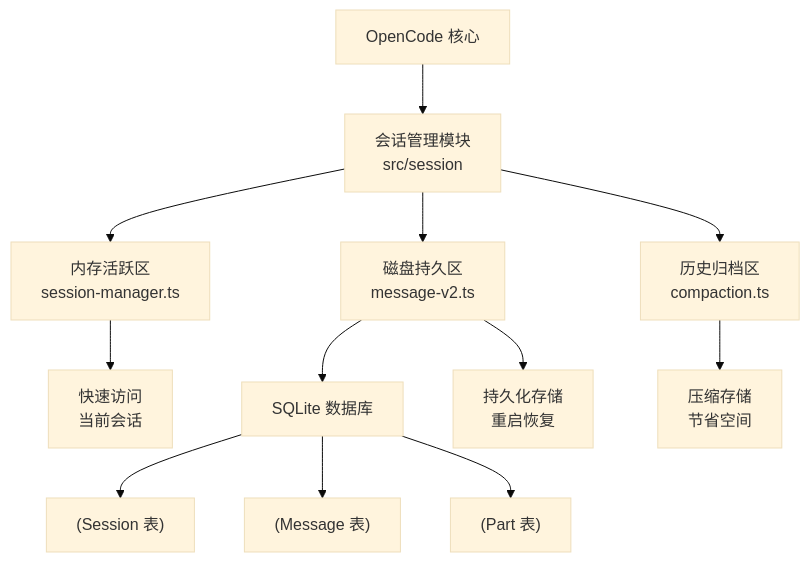
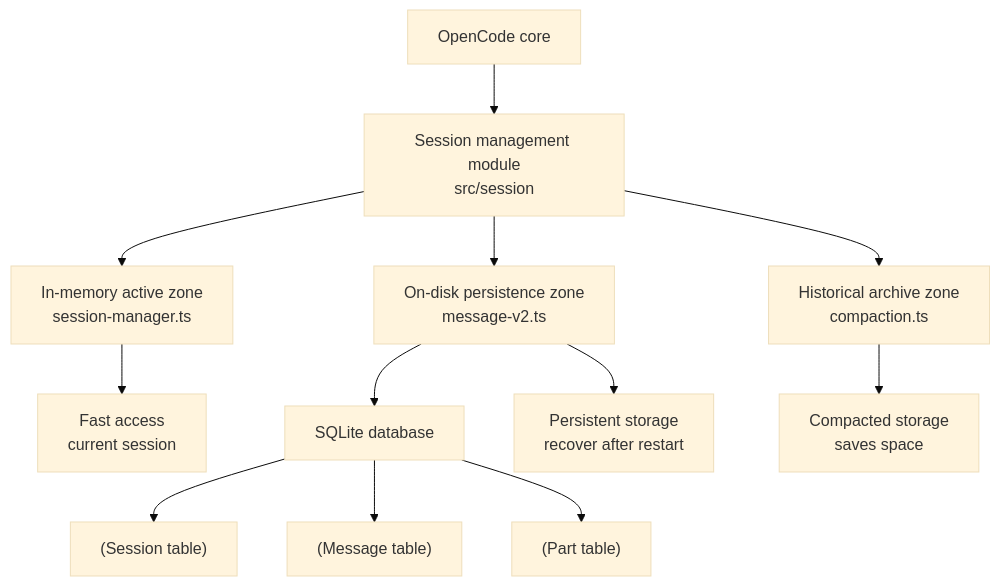
Diagram 17 of 46 in README.md (holny/Agent-Harness-Develop-Book), drawn with Mermaid (base theme) before and after one commit. The commit also changed other lines of this file and 66 other files, not shown here.

Commit message:
Add English edition (default) with Chinese version, redraw 8 interactive diagrams in English, translate mermaid/ASCII diagrams and code comments

````diff
--- a/README.md
+++ b/README.md
@@ -2963,17 +3018,17 @@
 ```mermaid
 flowchart TD
-    A[OpenCode 核心] --> B[会话管理模块<br>src/session]
+    A[OpenCode core] --> B[Session management module<br>src/session]
     
-    B --> C[内存活跃区<br>session-manager.ts]
-    B --> D[磁盘持久区<br>message-v2.ts]
-    B --> E[历史归档区<br>compaction.ts]
+    B --> C[In-memory active zone<br>session-manager.ts]
+    B --> D[On-disk persistence zone<br>message-v2.ts]
+    B --> E[Historical archive zone<br>compaction.ts]
     
-    D --> F[SQLite 数据库]
-    F --> G["(Session 表)"]
-    F --> H["(Message 表)"]
-    F --> I["(Part 表)"]
+    D --> F[SQLite database]
+    F --> G["(Session table)"]
+    F --> H["(Message table)"]
+    F --> I["(Part table)"]
     
-    C --> J[快速访问<br>当前会话]
-    D --> K[持久化存储<br>重启恢复]
-    E --> L[压缩存储<br>节省空间]
+    C --> J[Fast access<br>current session]
+    D --> K[Persistent storage<br>recover after restart]
+    E --> L[Compacted storage<br>saves space]
 ```
````
